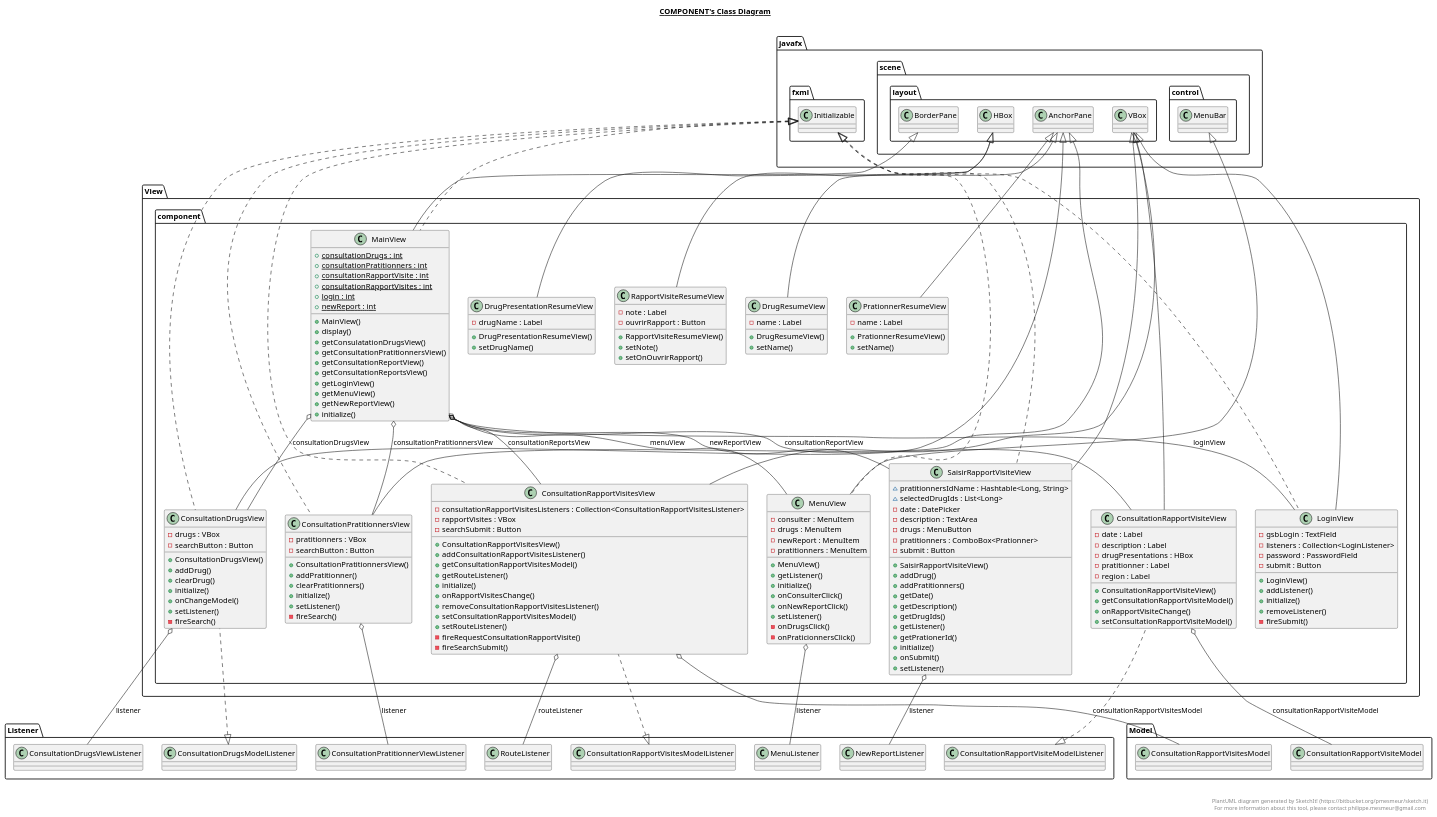
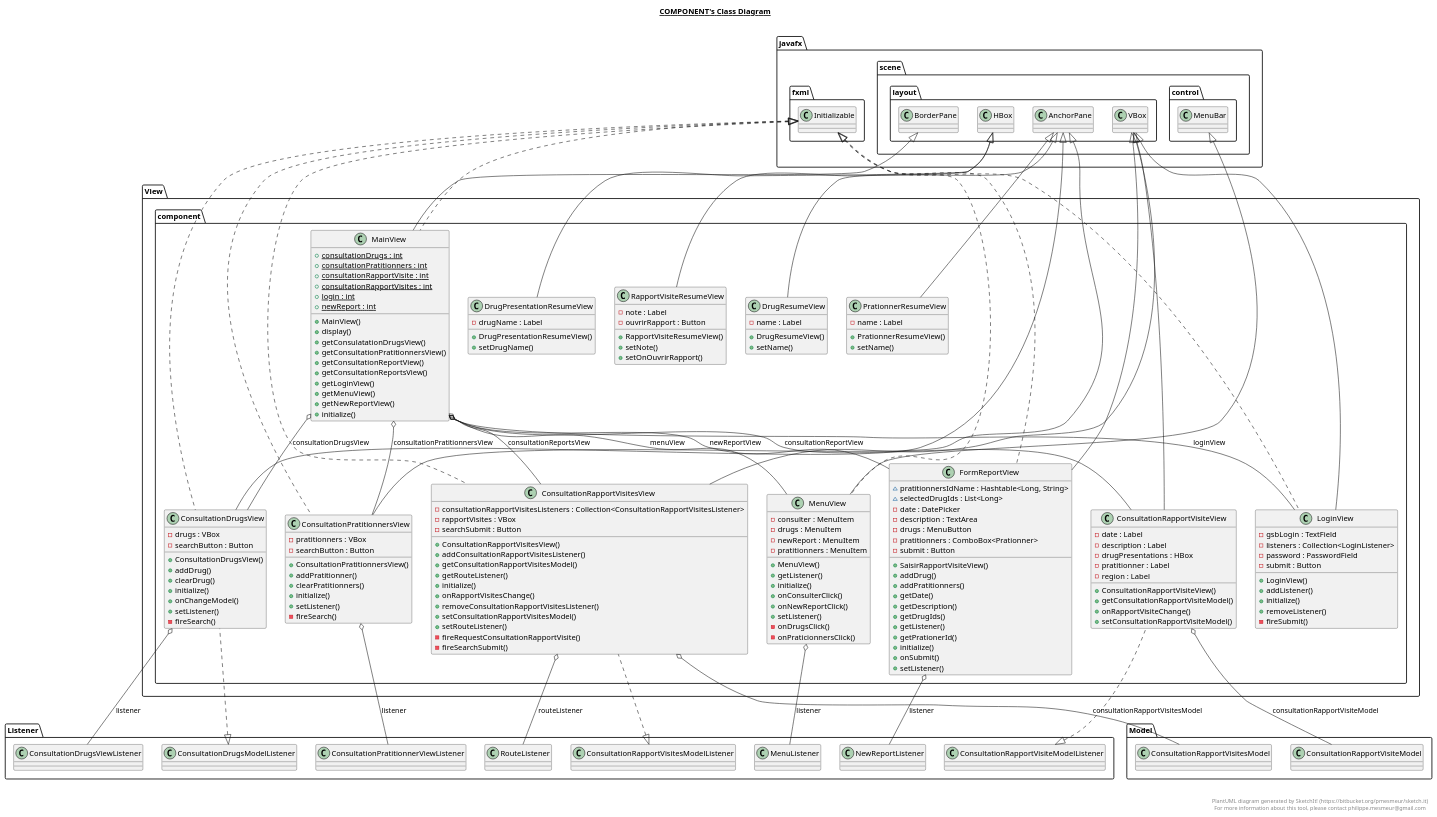
One commit to yannickTilly/appliVisiteurCli changed the diagram in src/main/java/View/component/component.plantuml. Above: the diagram before and after it, drawn with PlantUML. The commit also changed 22 other files, not shown here.

```diff
--- a/src/main/java/View/component/component.plantuml
+++ b/src/main/java/View/component/component.plantuml
@@ -179,7 +179,7 @@
 
   
     namespace View.component {
-      class View.component.SaisirRapportVisiteView {
+      class View.component.FormReportView {
           ~ pratitionnersIdName : Hashtable<Long, String>
           ~ selectedDrugIds : List<Long>
           - date : DatePicker
@@ -230,15 +230,15 @@
   View.component.MainView o-- View.component.ConsultationRapportVisitesView : consultationReportsView
   View.component.MainView o-- View.component.LoginView : loginView
   View.component.MainView o-- View.component.MenuView : menuView
-  View.component.MainView o-- View.component.SaisirRapportVisiteView : newReportView
+  View.component.MainView o-- View.component.FormReportView : newReportView
   View.component.MenuView .up.|> javafx.fxml.Initializable
   View.component.MenuView -up-|> javafx.scene.control.MenuBar
   View.component.MenuView o-- Listener.MenuListener : listener
   View.component.PrationnerResumeView -up-|> javafx.scene.layout.AnchorPane
   View.component.RapportVisiteResumeView -up-|> javafx.scene.layout.HBox
-  View.component.SaisirRapportVisiteView .up.|> javafx.fxml.Initializable
-  View.component.SaisirRapportVisiteView -up-|> javafx.scene.layout.VBox
-  View.component.SaisirRapportVisiteView o-- Listener.NewReportListener : listener
+  View.component.FormReportView .up.|> javafx.fxml.Initializable
+  View.component.FormReportView -up-|> javafx.scene.layout.VBox
+  View.component.FormReportView o-- Listener.NewReportListener : listener
 
 
 right footer
```
